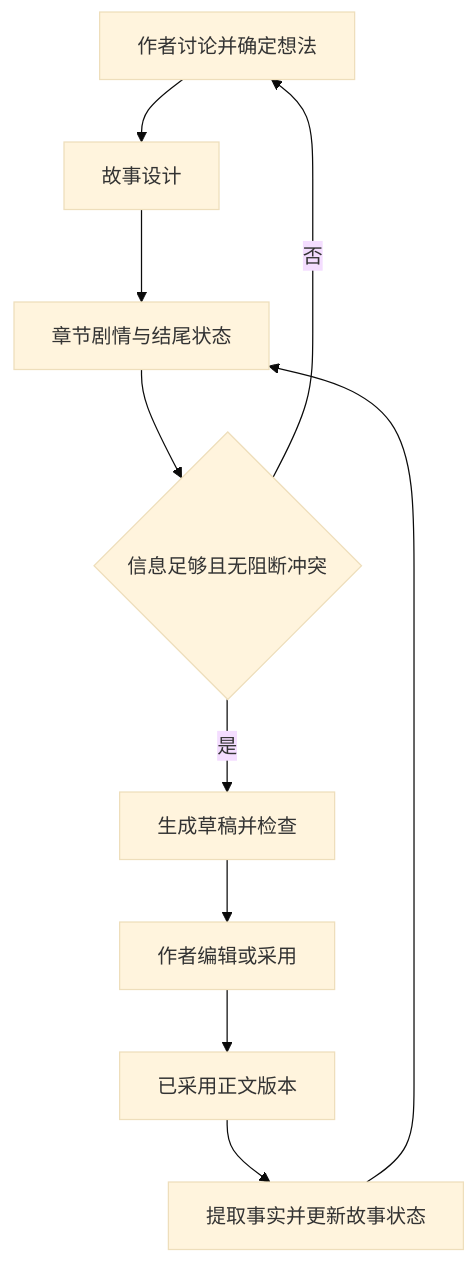
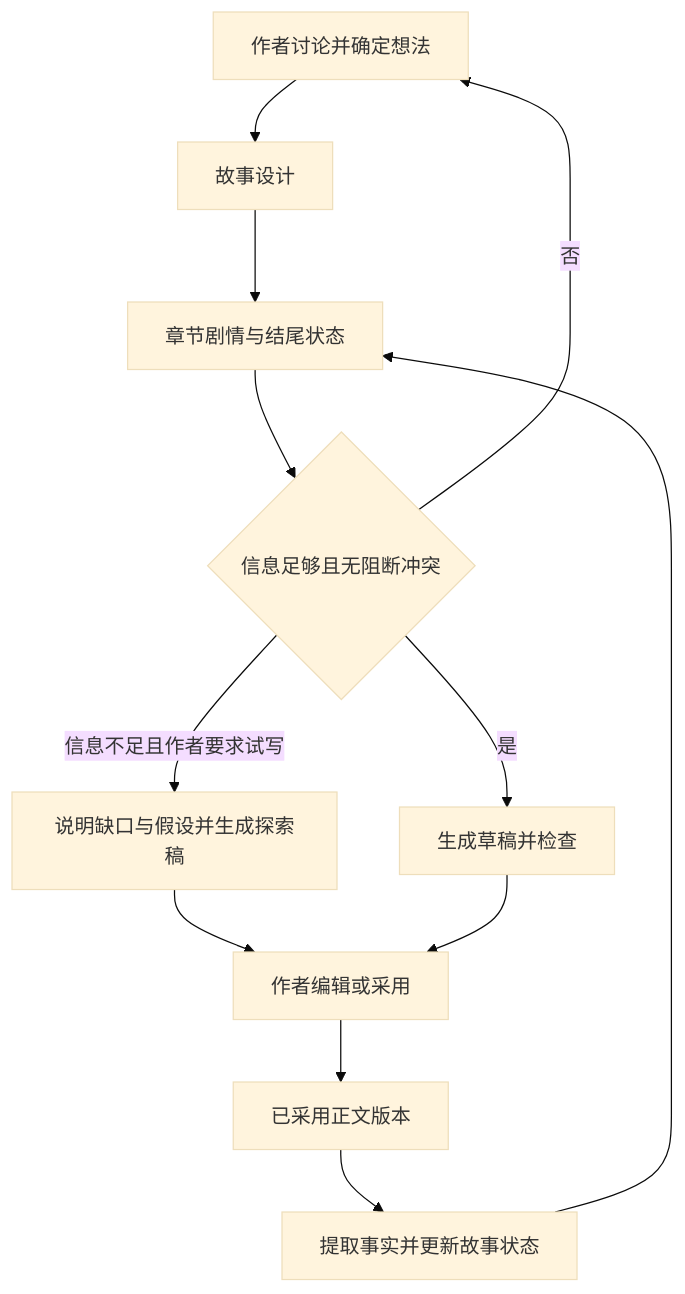
Before and after one commit to a1212a11/story-workbench: the diagram in docs/implementation.md, drawn with Mermaid (base theme). The commit also changed other lines of this file and 1 other file, not shown here.

````diff
--- a/docs/implementation.md
+++ b/docs/implementation.md
@@ -15,12 +15,14 @@
 ```mermaid
 flowchart TD
   A[作者讨论并确定想法] --> B[故事设计]
   B --> C[章节剧情与结尾状态]
   C --> D{信息足够且无阻断冲突}
   D -- 否 --> A
+  D -- 信息不足且作者要求试写 --> T[说明缺口与假设并生成探索稿]
+  T --> F
   D -- 是 --> E[生成草稿并检查]
   E --> F[作者编辑或采用]
   F --> G[已采用正文版本]
   G --> H[提取事实并更新故事状态]
   H --> C
 ```
````
